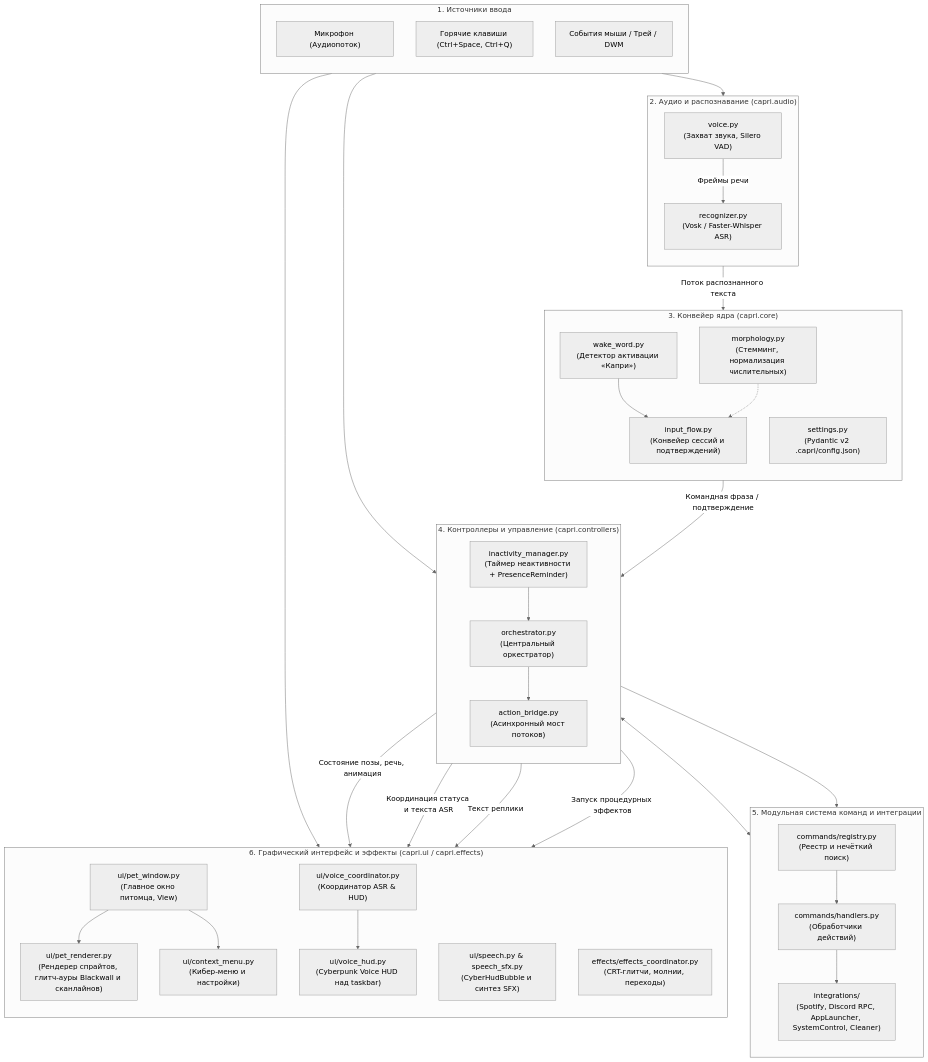
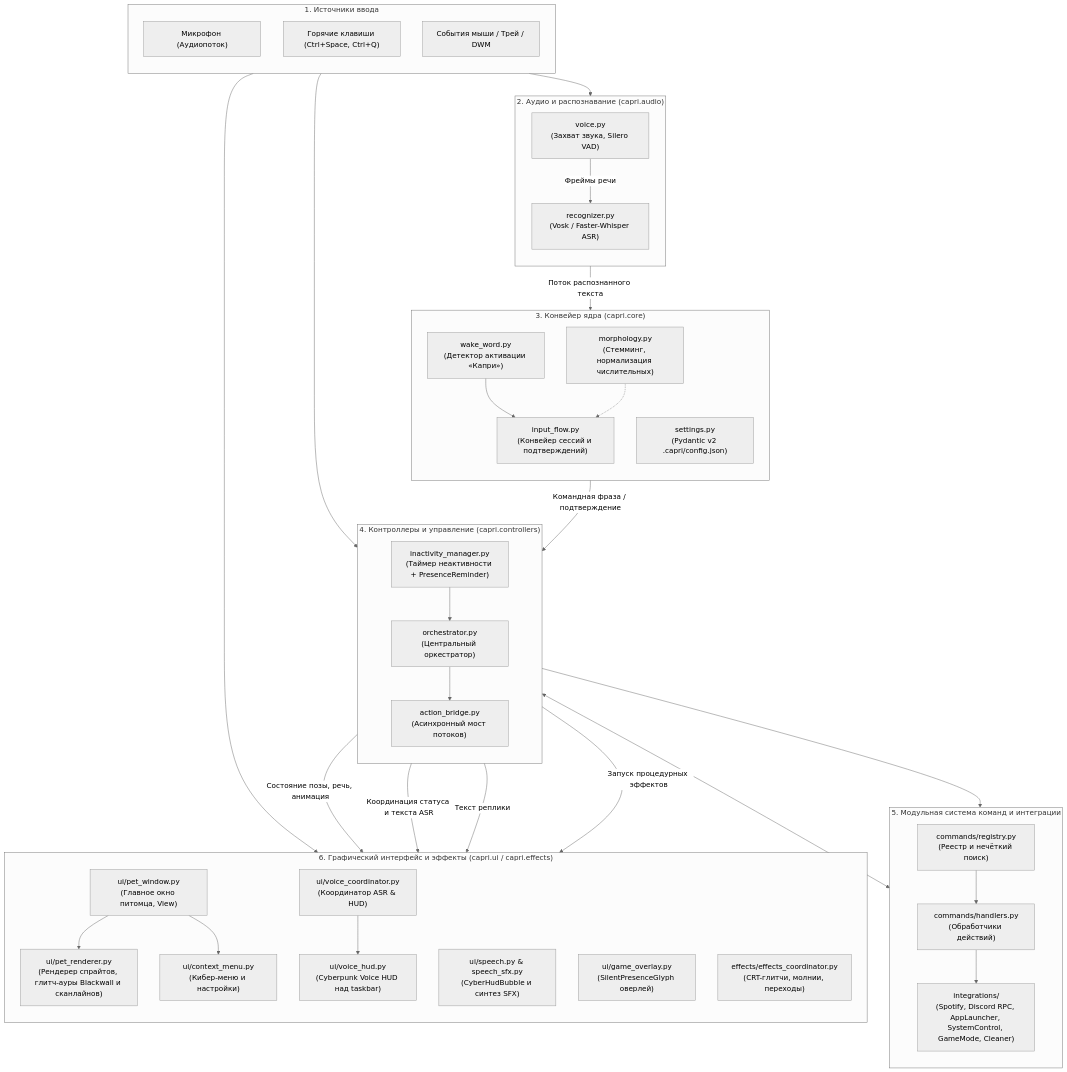
Before and after one commit to xTerionsilker/CapriPet-Python: the first of 2 diagrams in docs/architecture.md, drawn with Mermaid (neutral theme). The commit also changed 12 other files, not shown here.

Commit message:
feat(ui): game mode detection and silent presence overlay

```diff
--- a/docs/architecture.md
+++ b/docs/architecture.md
@@ -49,7 +49,7 @@
         direction TB
         Registry["commands/registry.py<br/>(Реестр и нечёткий поиск)"]
         Handlers["commands/handlers.py<br/>(Обработчики действий)"]
-        Integrations["integrations/<br/>(Spotify, Discord RPC, AppLauncher, SystemControl, Cleaner)"]
+        Integrations["integrations/<br/>(Spotify, Discord RPC, AppLauncher, SystemControl, GameMode, Cleaner)"]
 
         Registry --> Handlers
         Handlers --> Integrations
@@ -64,6 +64,7 @@
         VoiceCoord["ui/voice_coordinator.py<br/>(Координатор ASR & HUD)"]
         VoiceHUD["ui/voice_hud.py<br/>(Cyberpunk Voice HUD над taskbar)"]
         SpeechHUD["ui/speech.py & speech_sfx.py<br/>(CyberHudBubble и синтез SFX)"]
+        GameOverlay["ui/game_overlay.py<br/>(SilentPresenceGlyph оверлей)"]
         Effects["effects/effects_coordinator.py<br/>(CRT-глитчи, молнии, переходы)"]
 
         PetWindow --> PetRenderer
```
